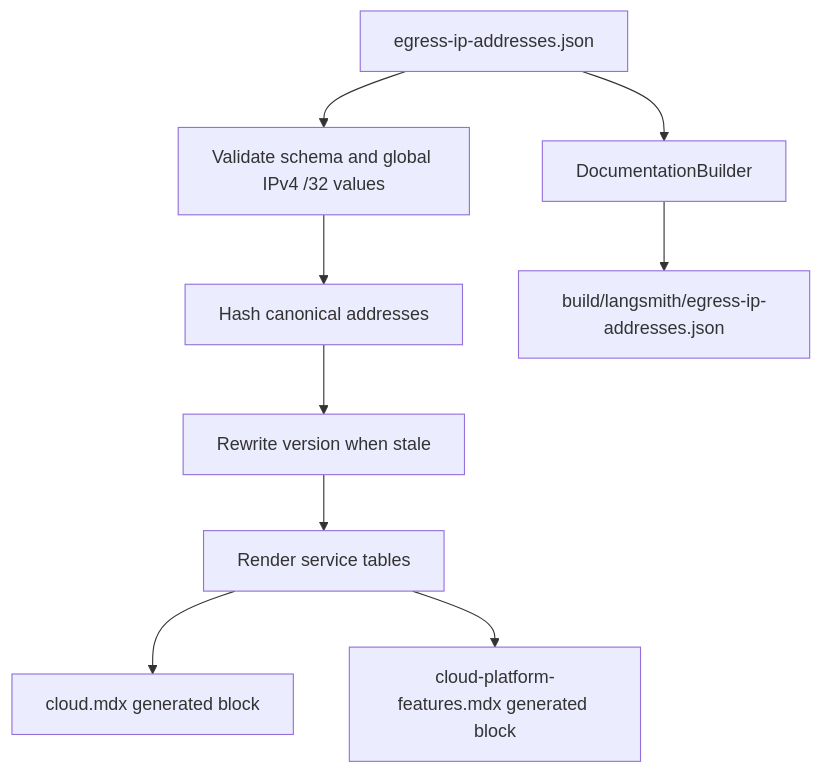
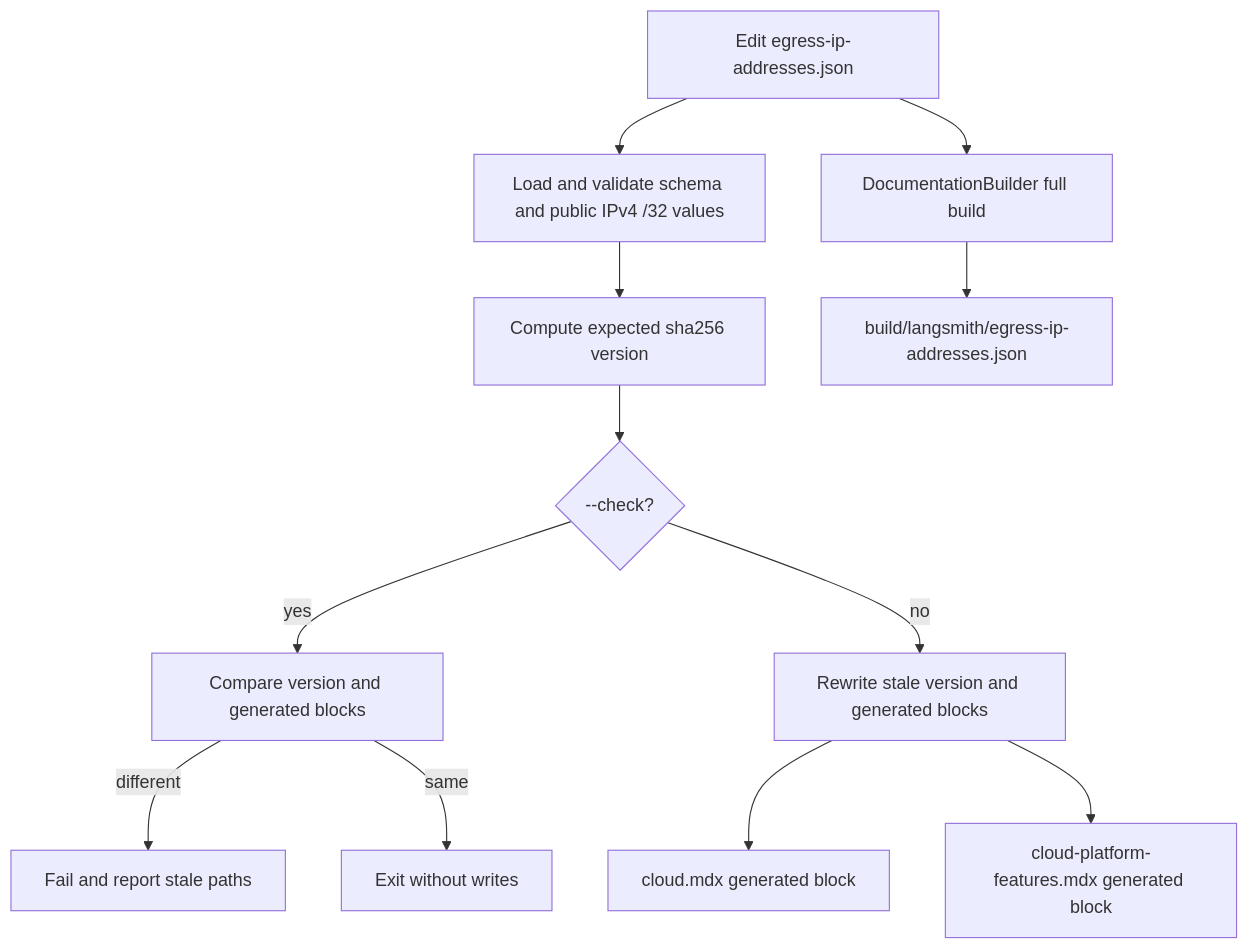
One commit to langchain-ai/docs changed the diagram in openwiki/workflows/egress-ip-inventory.md. Above: the diagram before and after it, drawn with Mermaid. The commit also changed other lines of this file and 54 other files, not shown here.

````diff
--- a/openwiki/workflows/egress-ip-inventory.md
+++ b/openwiki/workflows/egress-ip-inventory.md
@@ -44,11 +44,14 @@
 ```mermaid
 flowchart TD
-  Inventory["egress-ip-addresses.json"] --> Validate["Validate schema and global IPv4 /32 values"]
-  Validate --> Hash["Hash canonical addresses"]
-  Hash --> Version["Rewrite version when stale"]
-  Version --> Render["Render service tables"]
-  Render --> SaaS["cloud.mdx generated block"]
-  Render --> Deployment["cloud-platform-features.mdx generated block"]
-  Inventory --> Build["DocumentationBuilder"]
+  Inventory["Edit egress-ip-addresses.json"] --> Validate["Load and validate schema and public IPv4 /32 values"]
+  Validate --> Hash["Compute expected sha256 version"]
+  Hash --> Decision{"--check?"}
+  Decision -->|yes| Compare["Compare version and generated blocks"]
+  Compare -->|different| Fail["Fail and report stale paths"]
+  Compare -->|same| Clean["Exit without writes"]
+  Decision -->|no| Rewrite["Rewrite stale version and generated blocks"]
+  Rewrite --> SaaS["cloud.mdx generated block"]
+  Rewrite --> Deployment["cloud-platform-features.mdx generated block"]
+  Inventory --> Build["DocumentationBuilder full build"]
   Build --> Public["build/langsmith/egress-ip-addresses.json"]
 ```
````
